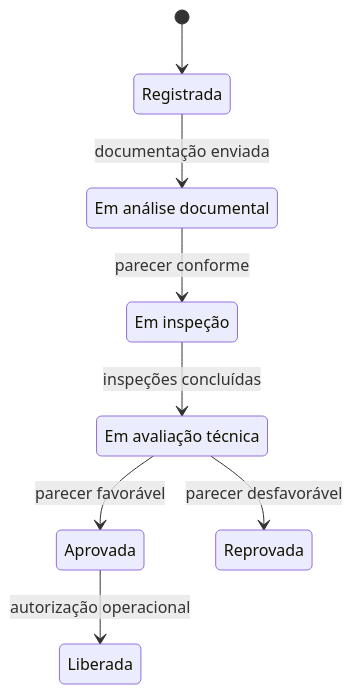
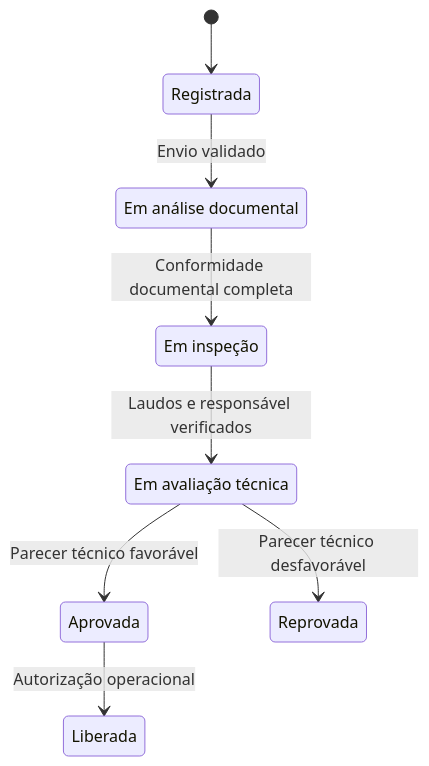
Before and after one commit to TechChallengeFiap/Quimovia: the diagram in docs/03-regras-de-negócio.md, drawn with Mermaid. The commit also changed other lines of this file, not shown here.

````diff
--- a/docs/03-regras-de-negócio.md
+++ b/docs/03-regras-de-negócio.md
@@ -38,18 +63,19 @@
 ```mermaid
 stateDiagram-v2
+    direction TB
     state "Registrada" as Registrada
     state "Em análise documental" as EmAnaliseDocumental
     state "Em inspeção" as EmInspecao
     state "Em avaliação técnica" as EmAvaliacaoTecnica
     state "Aprovada" as Aprovada
     state "Reprovada" as Reprovada
     state "Liberada" as Liberada
 
     [*] --> Registrada
-    Registrada --> EmAnaliseDocumental: documentação enviada
-    EmAnaliseDocumental --> EmInspecao: parecer conforme
-    EmInspecao --> EmAvaliacaoTecnica: inspeções concluídas
-    EmAvaliacaoTecnica --> Aprovada: parecer favorável
-    EmAvaliacaoTecnica --> Reprovada: parecer desfavorável
-    Aprovada --> Liberada: autorização operacional
+    Registrada --> EmAnaliseDocumental: Envio validado
+    EmAnaliseDocumental --> EmInspecao: Conformidade documental completa
+    EmInspecao --> EmAvaliacaoTecnica: Laudos e responsável verificados
+    EmAvaliacaoTecnica --> Aprovada: Parecer técnico favorável
+    EmAvaliacaoTecnica --> Reprovada: Parecer técnico desfavorável
+    Aprovada --> Liberada: Autorização operacional
 ```
````
